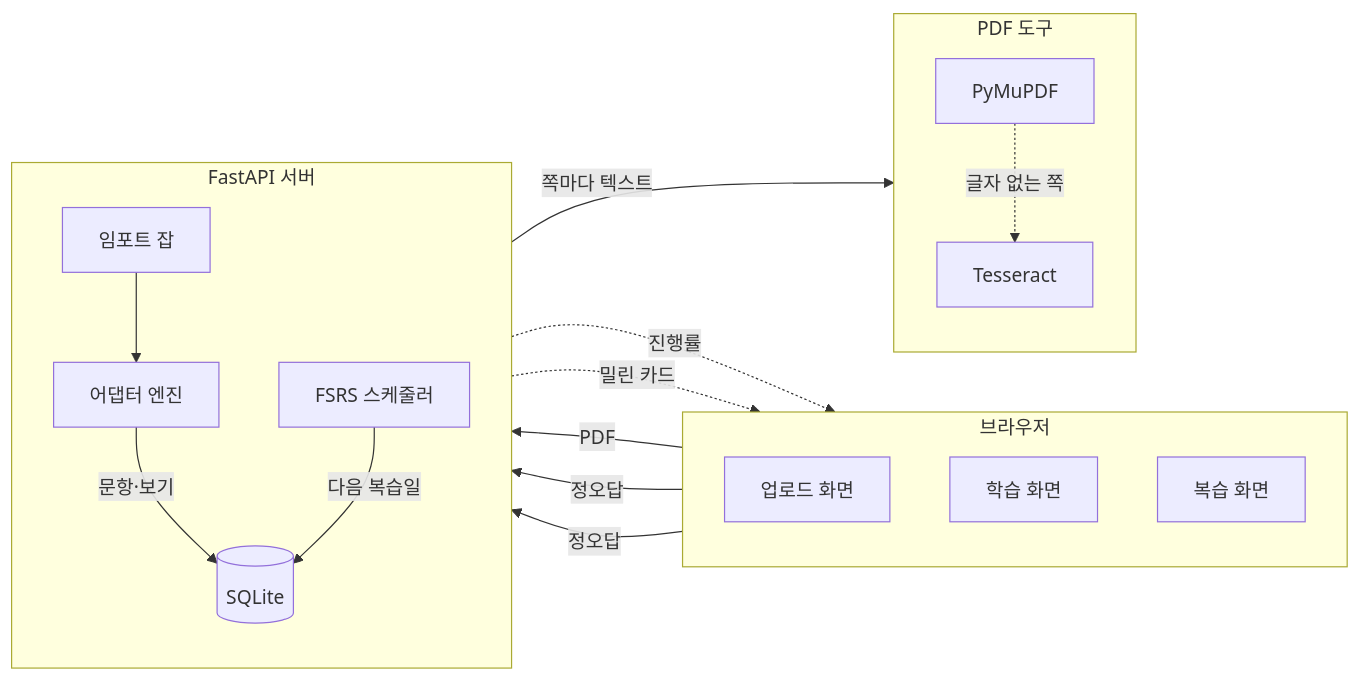
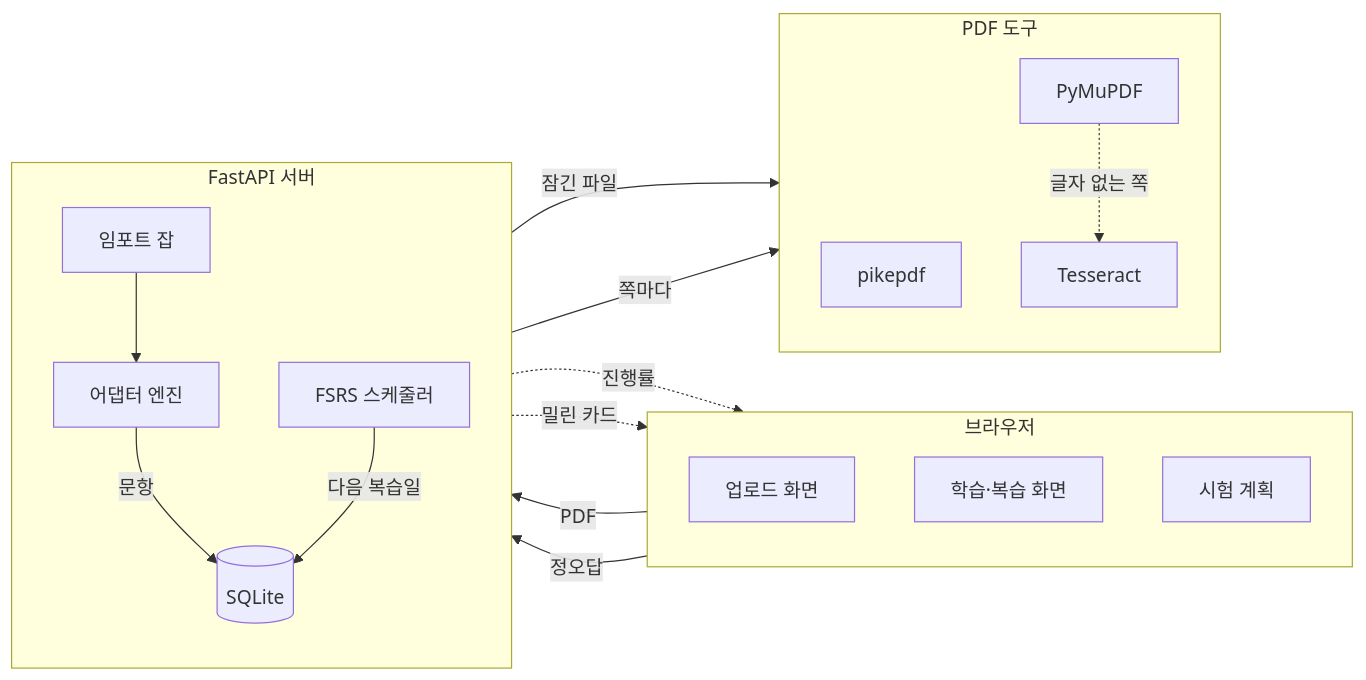
One commit to P0it/dev-blog changed the diagram in projects/examply/portfolio.md. Above: the diagram before and after it, drawn with Mermaid. The commit also changed other lines of this file and 13 other files, not shown here.

````diff
--- a/projects/examply/portfolio.md
+++ b/projects/examply/portfolio.md
@@ -90,31 +102,32 @@
 ```mermaid
 flowchart LR
   subgraph 브라우저[브라우저]
     direction TB
     업로드화면[업로드 화면]
-    학습화면[학습 화면]
-    복습화면[복습 화면]
+    풀이화면[학습·복습 화면]
+    시험계획[시험 계획]
   end
   subgraph 서버[FastAPI 서버]
     direction TB
     임포트잡[임포트 잡]
     어댑터엔진[어댑터 엔진]
     스케줄러[FSRS 스케줄러]
     DB[(SQLite)]
   end
   subgraph 도구[PDF 도구]
     direction TB
+    pikepdf[pikepdf]
     PyMuPDF[PyMuPDF]
     Tesseract[Tesseract]
   end
   업로드화면 -->|PDF| 임포트잡
-  임포트잡 -->|쪽마다 텍스트| PyMuPDF
+  임포트잡 -->|잠긴 파일| pikepdf
+  임포트잡 -->|쪽마다| PyMuPDF
   PyMuPDF -.->|글자 없는 쪽| Tesseract
   임포트잡 --> 어댑터엔진
-  어댑터엔진 -->|문항·보기| DB
+  어댑터엔진 -->|문항| DB
   임포트잡 -.->|진행률| 업로드화면
-  학습화면 -->|정오답| 스케줄러
-  복습화면 -->|정오답| 스케줄러
+  풀이화면 -->|정오답| 스케줄러
   스케줄러 -->|다음 복습일| DB
-  DB -.->|밀린 카드| 복습화면
+  DB -.->|밀린 카드| 풀이화면
 ```
````
